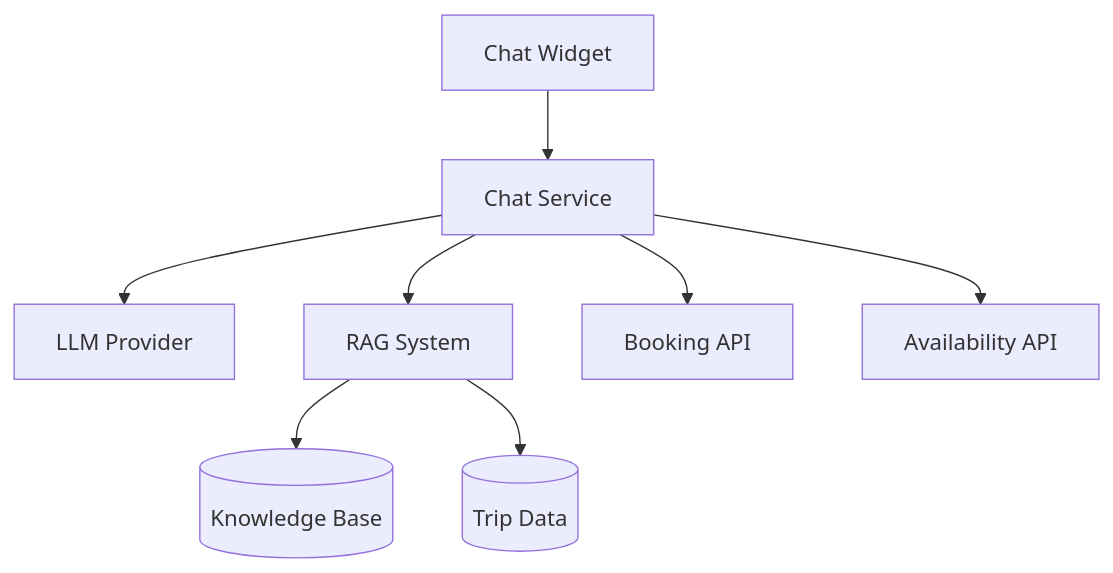
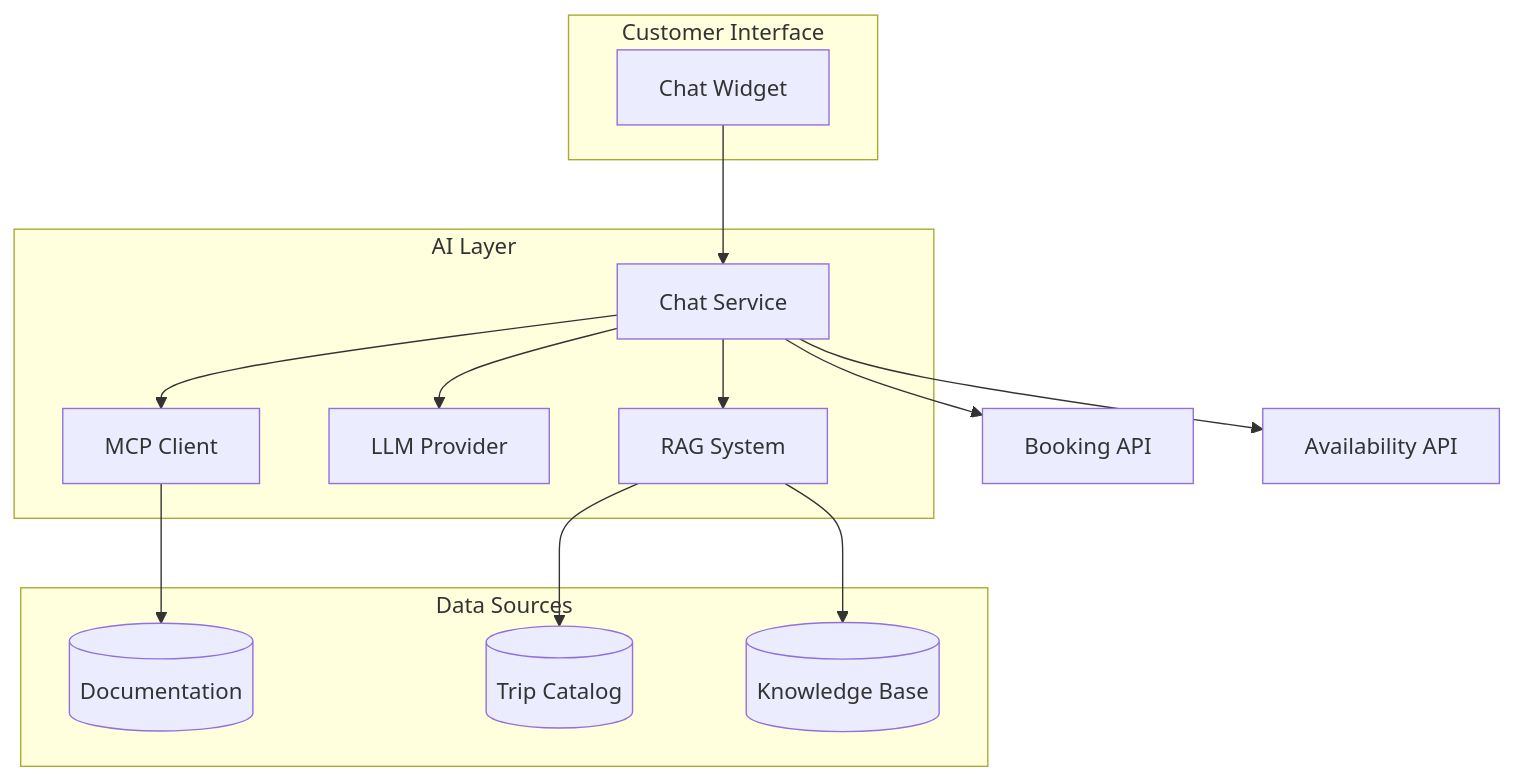
The diagram in docs/ai/index.md (eslamfaisal/tours-docs), drawn with Mermaid before and after one commit. The commit also changed other lines of this file and 14 other files, not shown here.

Commit message:
feat: Establish documentation-driven AI system with MCP integration and comprehensive AI documentation.

````diff
--- a/docs/ai/index.md
+++ b/docs/ai/index.md
@@ -32,10 +36,29 @@
 ```mermaid
 graph TD
-    A[Chat Widget] --> B[Chat Service]
-    B --> C[LLM Provider]
-    B --> D[RAG System]
-    D --> E[(Knowledge Base)]
-    D --> F[(Trip Data)]
-    B --> G[Booking API]
-    B --> H[Availability API]
+    subgraph "Customer Interface"
+        A[Chat Widget]
+    end
+
+    subgraph "AI Layer"
+        B[Chat Service]
+        C[MCP Client]
+        D[LLM Provider]
+        E[RAG System]
+    end
+
+    subgraph "Data Sources"
+        F[(Documentation)]
+        G[(Trip Catalog)]
+        H[(Knowledge Base)]
+    end
+
+    A --> B
+    B --> C
+    B --> D
+    B --> E
+    C --> F
+    E --> G
+    E --> H
+    B --> I[Booking API]
+    B --> J[Availability API]
 ```
````
